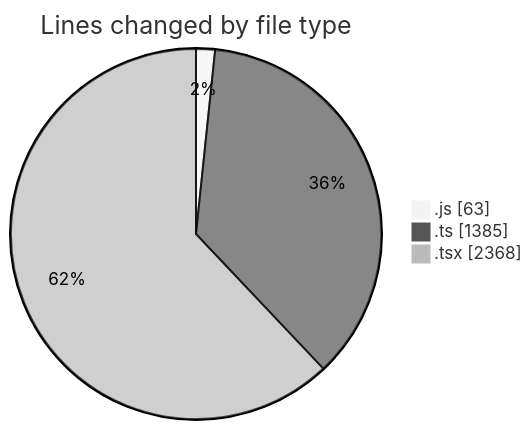
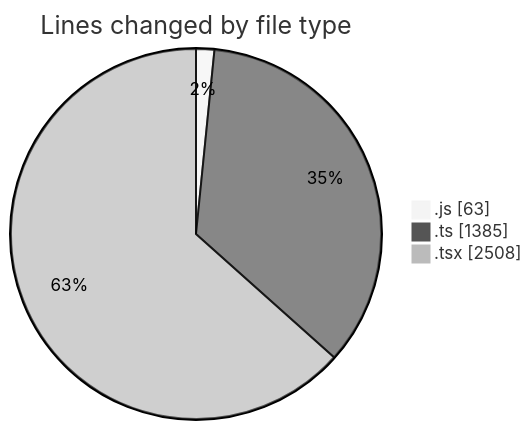
One commit to momahboobian/code-tracking changed the first of 2 diagrams in 2026-08-04/cda/README.md. Above: the diagram before and after it, drawn with Mermaid (neutral theme). The commit also changed other lines of this file and 1 other file, not shown here.

````diff
--- a/2026-08-04/cda/README.md
+++ b/2026-08-04/cda/README.md
@@ -46,7 +47,7 @@
 ```mermaid
 pie showData
 title Lines changed by file type
 ".js" : 63
 ".ts" : 1385
-".tsx" : 2368
+".tsx" : 2508
 ```
````
